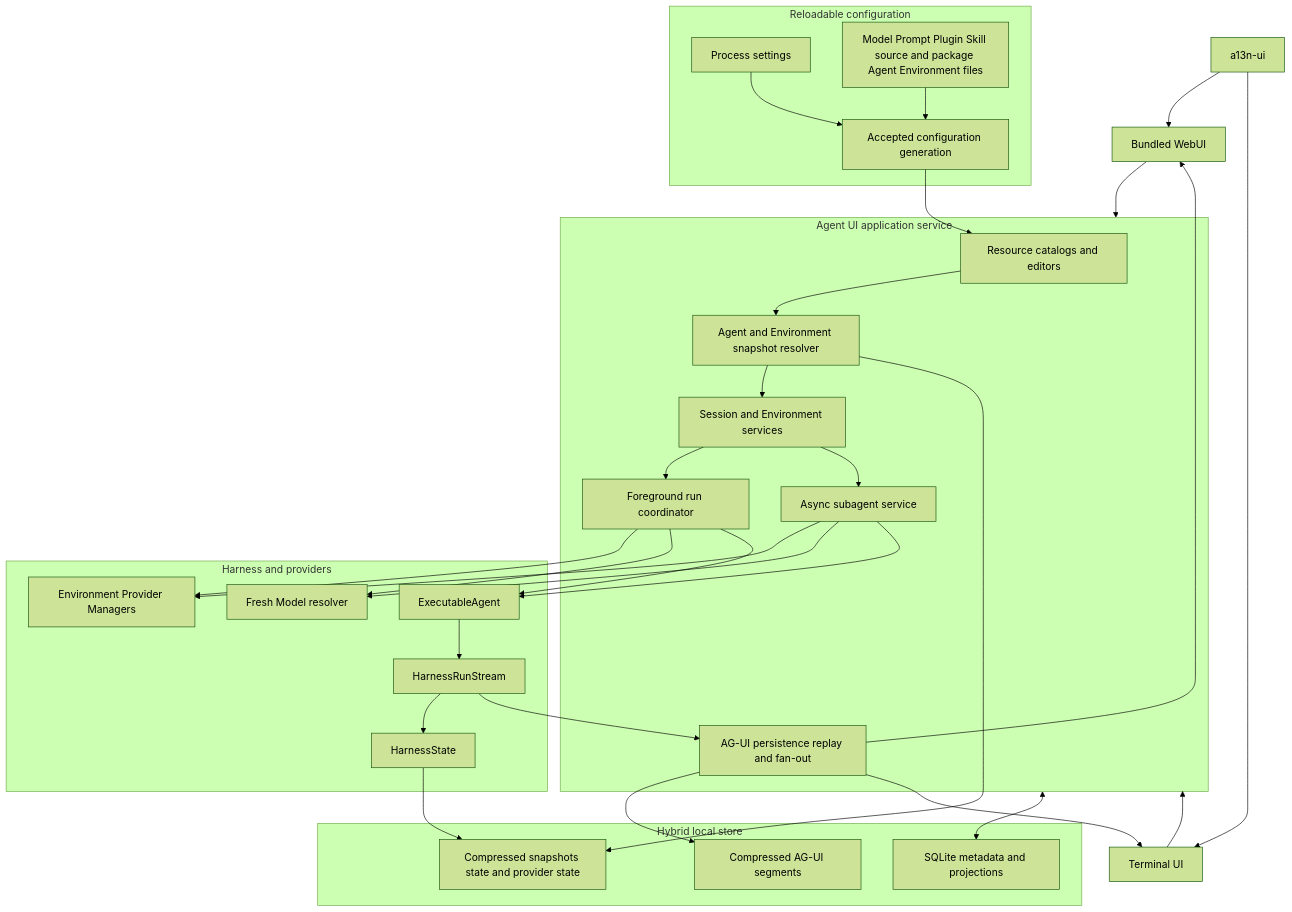
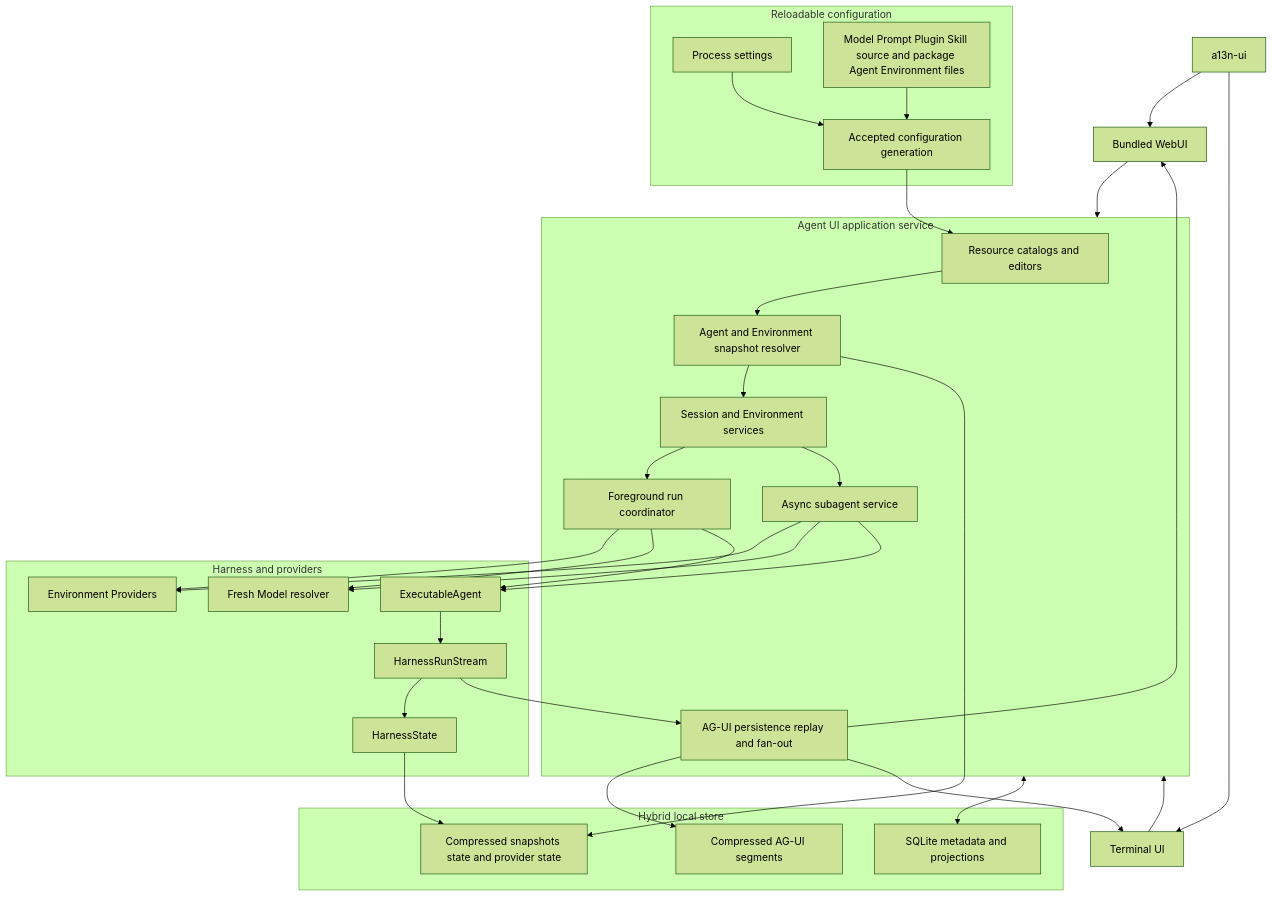
The second of 3 diagrams in spec/agent-ui/00-overview.md (LTThreeComma/agent-foundation), drawn with Mermaid (forest theme) before and after one commit. The commit also changed other lines of this file and 125 other files, not shown here.

````diff
--- a/spec/agent-ui/00-overview.md
+++ b/spec/agent-ui/00-overview.md
@@ -73,51 +73,51 @@
 ```mermaid
 flowchart TB
     CLI[a13n-ui]
     Web[Bundled WebUI]
     TUI[Terminal UI]
 
     subgraph Configuration[Reloadable configuration]
         Settings[Process settings]
         Definitions[Model Prompt Plugin Skill source and package Agent Environment files]
         Generation[Accepted configuration generation]
     end
 
     subgraph App[Agent UI application service]
         Catalogs[Resource catalogs and editors]
         Resolver[Agent and Environment snapshot resolver]
         Sessions[Session and Environment services]
         Runs[Foreground run coordinator]
         Jobs[Async subagent service]
         Events[AG-UI persistence replay and fan-out]
     end
 
     subgraph Store[Hybrid local store]
         DB[SQLite metadata and projections]
         Objects[Compressed snapshots state and provider state]
         Segments[Compressed AG-UI segments]
     end
 
     subgraph Runtime[Harness and providers]
-        Provider[Environment Provider Managers]
+        Provider[Environment Providers]
         Model[Fresh Model resolver]
         Executable[ExecutableAgent]
         Stream[HarnessRunStream]
         State[HarnessState]
     end
 
     Settings & Definitions --> Generation --> Catalogs
     CLI --> Web
     CLI --> TUI
     Web & TUI --> App
     Catalogs --> Resolver
     Resolver --> Sessions
     Sessions --> Runs & Jobs
     App <--> DB
     Resolver --> Objects
     Runs & Jobs --> Provider
     Runs & Jobs --> Model
     Runs & Jobs --> Executable --> Stream --> State
     State --> Objects
     Stream --> Events --> Segments
     Events --> Web & TUI
 ```
````
